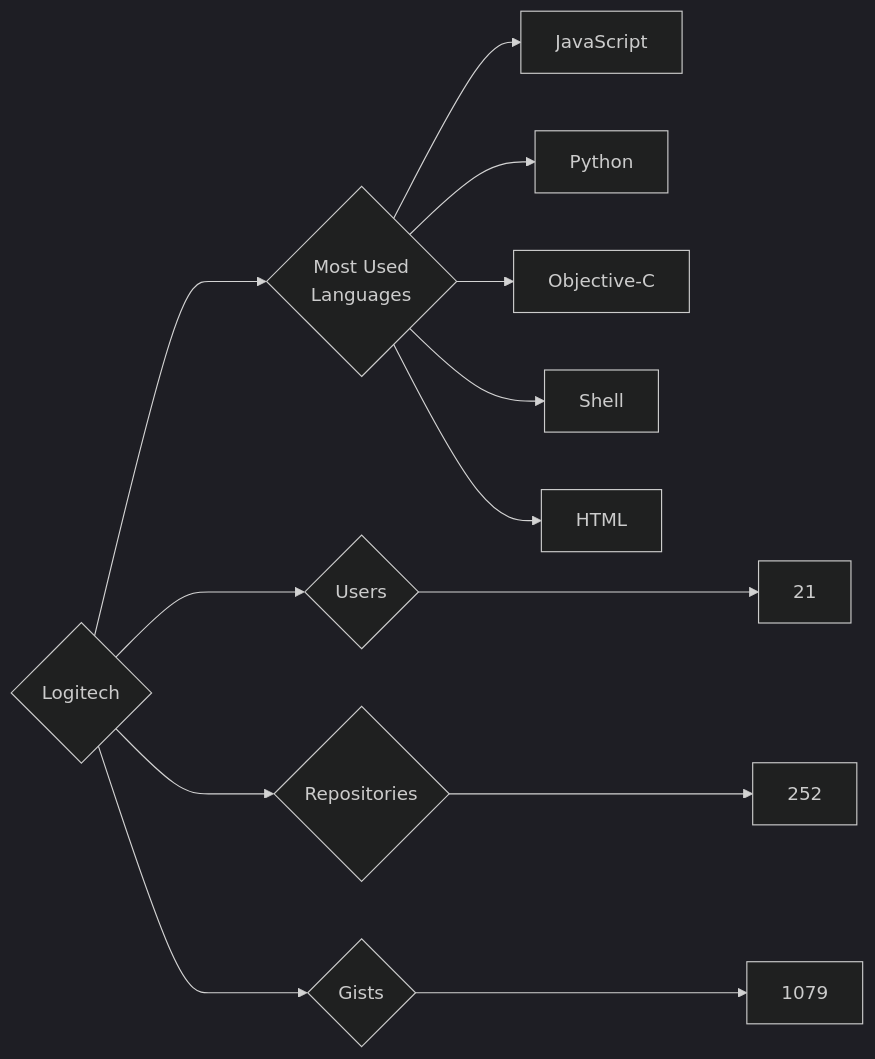
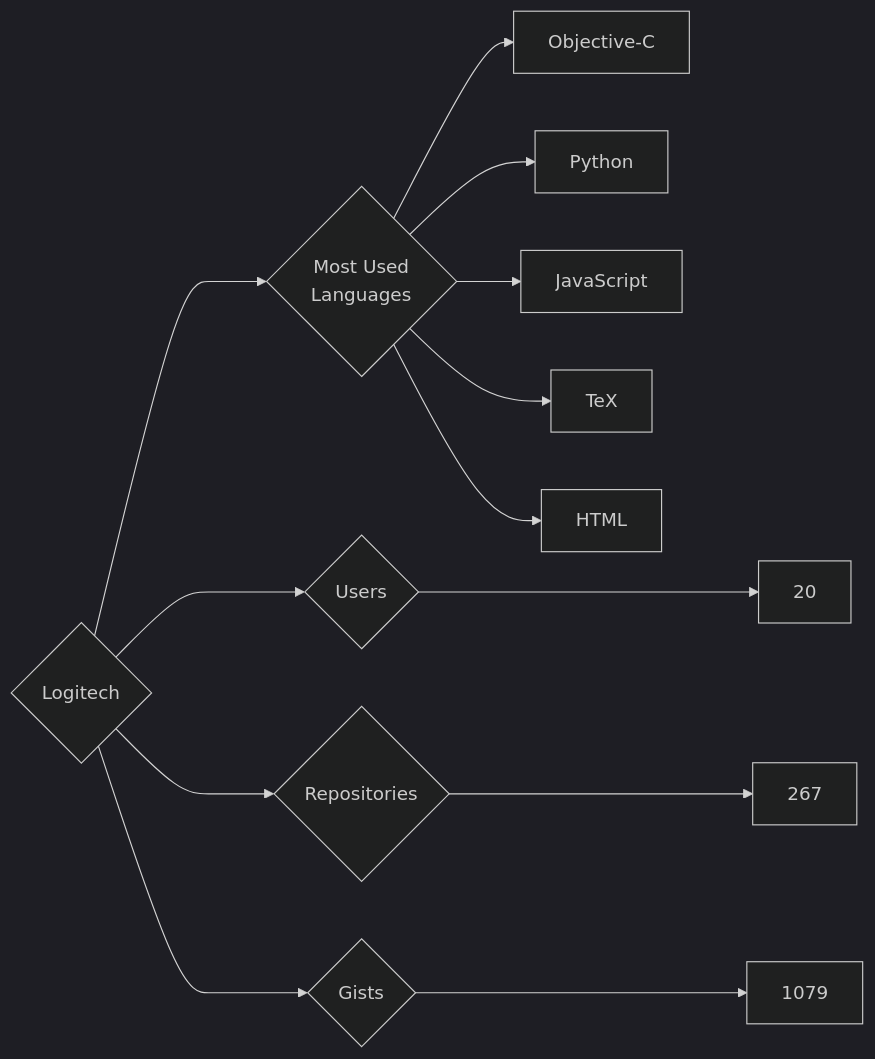
The diagram in targets/Logitech/README.md (trickest/insiders), drawn with Mermaid (dark theme) before and after one commit. The commit also changed 874 other files, not shown here.

````diff
--- a/targets/Logitech/README.md
+++ b/targets/Logitech/README.md
@@ -3,13 +3,13 @@
 ```mermaid
 graph LR
 COMPANY_NAME{Logitech}
-COMPANY_NAME ---> U{Users} ---> UN[21]
-COMPANY_NAME ---> R{Repositories} ---> RN[252]
+COMPANY_NAME ---> U{Users} ---> UN[20]
+COMPANY_NAME ---> R{Repositories} ---> RN[267]
 COMPANY_NAME ---> G{Gists} ---> GN[1079]
 COMPANY_NAME ---> ML{Most Used<br>Languages}
+ML --> Objective-C[Objective-C]
+ML --> Python[Python]
 ML --> JavaScript[JavaScript]
-ML --> Python[Python]
-ML --> Objective-C[Objective-C]
-ML --> Shell[Shell]
+ML --> TeX[TeX]
 ML --> HTML[HTML]
 ```
````
